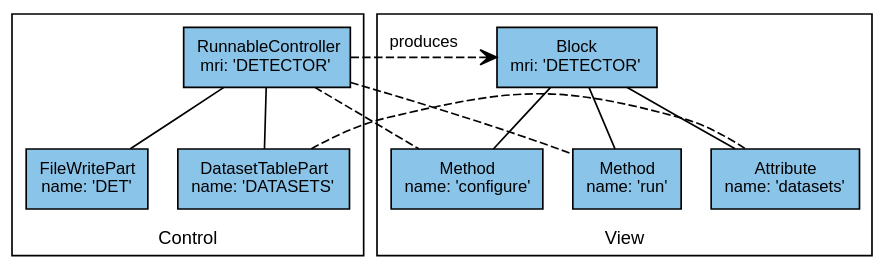
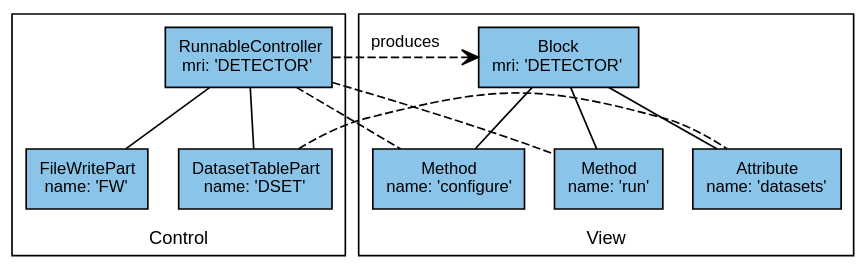
One commit to DiamondLightSource/pymalcolm changed the diagram in docs/tutorials/detector.rst. Above: the diagram before and after it, drawn with Graphviz. The commit also changed other lines of this file and 12 other files, not shown here.

```diff
--- a/docs/tutorials/detector.rst
+++ b/docs/tutorials/detector.rst
@@ -141,39 +144,39 @@
 .. digraph:: detector_controllers_and_parts
 
     newrank=true;  // Sensible ranking of clusters
     bgcolor=transparent
     node [fontname=Arial fontsize=10 shape=rect style=filled fillcolor="#8BC4E9"]
     graph [fontname=Arial fontsize=11]
     edge [fontname=Arial fontsize=10 arrowhead=none]
 
     controller [label=<RunnableController<BR/>mri: 'DETECTOR'>]
-    detpart [label=<FileWritePart<BR/>name: 'DET'>]
-    dspart [label=<DatasetTablePart<BR/>name: 'DATASETS'>]
+    detpart [label=<FileWritePart<BR/>name: 'FW'>]
+    dspart [label=<DatasetTablePart<BR/>name: 'DSET'>]
 
     subgraph cluster_control {
         label="Control"
         labelloc="b"
         controller -> detpart
         controller -> dspart
     }
 
     block [label=<Block<BR/>mri: 'DETECTOR'>]
     datasets [label=<Attribute<BR/>name: 'datasets'>]
     configure [label=<Method<BR/>name: 'configure'>]
     run [label=<Method<BR/>name: 'run'>]
 
     subgraph cluster_view {
         label="View"
         labelloc="b"
         block -> datasets
         block -> configure
         block -> run
     }
 
     {rank=same;controller block}
     {rank=same;dspart detpart datasets configure run}
 
     dspart -> datasets [style=dashed]
     controller -> configure [style=dashed]
     controller -> run [style=dashed]
     controller -> block [arrowhead=vee dir=from style=dashed label=produces]
```
